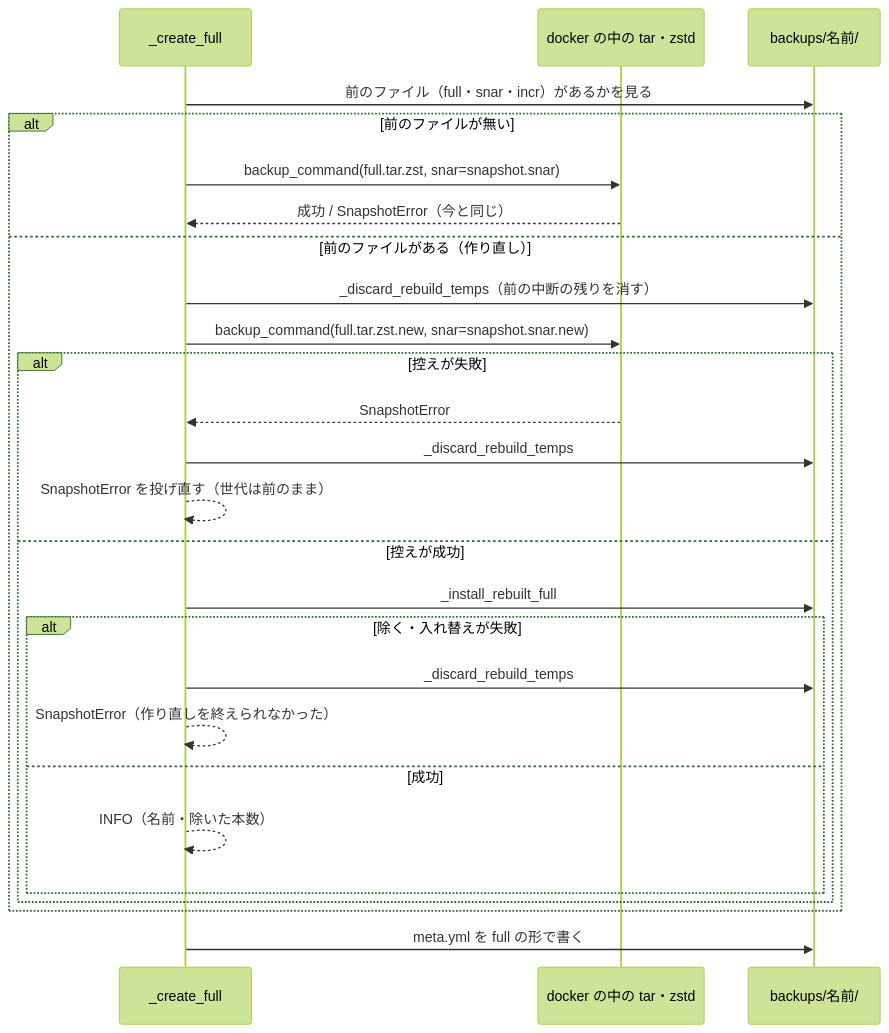
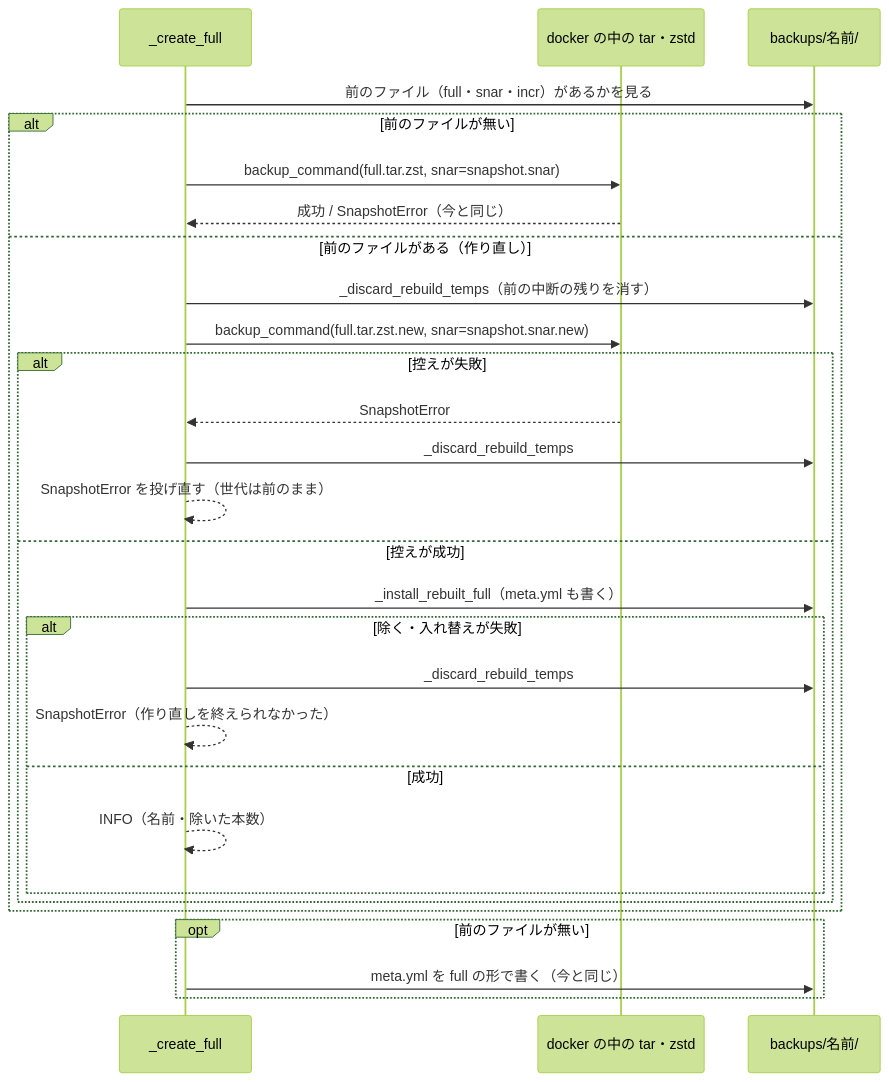
Before and after one commit to devbasex/devbase: the third of 4 diagrams in issues/issue-458-design.md, drawn with Mermaid (forest theme). The commit also changed other lines of this file, not shown here.

First line of the commit message:
Docs: #458 の設計で作り直しの途中の full と meta.yml の組の食い違いを復元させない

````diff
--- a/issues/issue-458-design.md
+++ b/issues/issue-458-design.md
@@ -206,28 +214,30 @@
 ```mermaid
 sequenceDiagram
     participant M as _create_full
     participant D as docker の中の tar・zstd
     participant F as backups/名前/
     M->>F: 前のファイル（full・snar・incr）があるかを見る
     alt 前のファイルが無い
         M->>D: backup_command(full.tar.zst, snar=snapshot.snar)
         D-->>M: 成功 / SnapshotError（今と同じ）
     else 前のファイルがある（作り直し）
         M->>F: _discard_rebuild_temps（前の中断の残りを消す）
         M->>D: backup_command(full.tar.zst.new, snar=snapshot.snar.new)
         alt 控えが失敗
             D-->>M: SnapshotError
             M->>F: _discard_rebuild_temps
             M-->>M: SnapshotError を投げ直す（世代は前のまま）
         else 控えが成功
-            M->>F: _install_rebuilt_full
+            M->>F: _install_rebuilt_full（meta.yml も書く）
             alt 除く・入れ替えが失敗
                 M->>F: _discard_rebuild_temps
                 M-->>M: SnapshotError（作り直しを終えられなかった）
             else 成功
                 M-->>M: INFO（名前・除いた本数）
             end
         end
     end
-    M->>F: meta.yml を full の形で書く
+    opt 前のファイルが無い
+        M->>F: meta.yml を full の形で書く（今と同じ）
+    end
 ```
````
